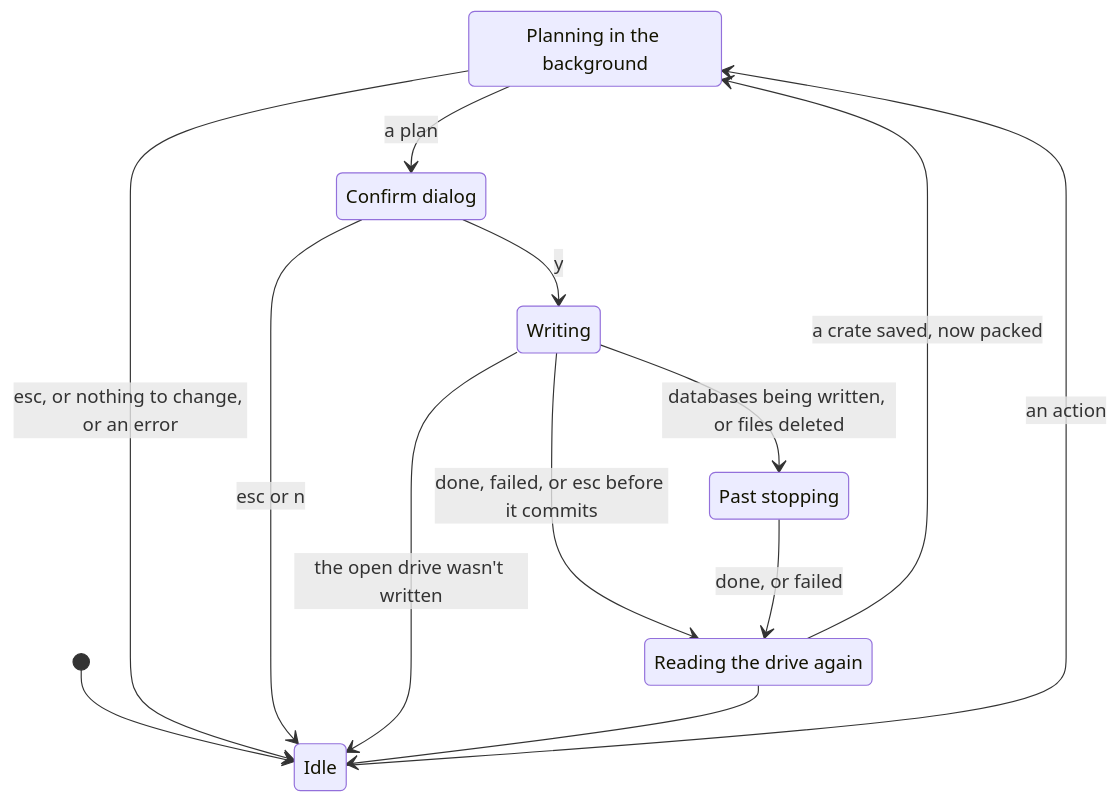
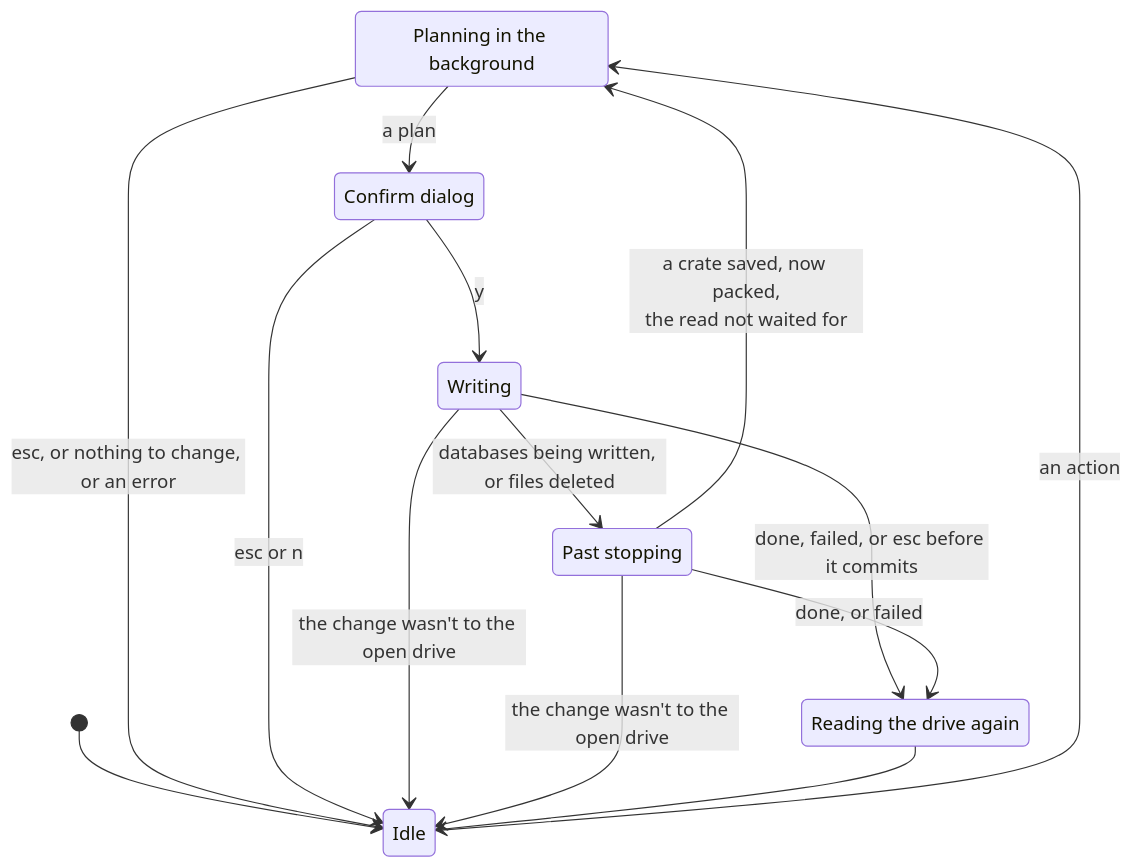
One commit to cutenode/localnetwork changed the fifth of 13 diagrams in apps/locallibrary/docs/diagrams/player.md. Above: the diagram before and after it, drawn with Mermaid. The commit also changed other lines of this file and 4 other files, not shown here.

First line of the commit message:
docs(locallibrary): use the glossary's words and fix the player's charts

````diff
--- a/apps/locallibrary/docs/diagrams/player.md
+++ b/apps/locallibrary/docs/diagrams/player.md
@@ -111,20 +113,21 @@
 ```mermaid
 stateDiagram-v2
     state "Planning in the background" as Planning
     state "Confirm dialog" as Confirm
     state "Writing" as Writing
     state "Past stopping" as Committed
     state "Reading the drive again" as Reading
     [*] --> Idle
     Idle --> Planning: an action
     Planning --> Idle: esc, or nothing to change, or an error
     Planning --> Confirm: a plan
     Confirm --> Idle: esc or n
     Confirm --> Writing: y
     Writing --> Committed: databases being written, or files deleted
     Writing --> Reading: done, failed, or esc before it commits
-    Writing --> Idle: the open drive wasn't written
+    Writing --> Idle: the change wasn't to the open drive
+    Committed --> Idle: the change wasn't to the open drive
     Committed --> Reading: done, or failed
     Reading --> Idle
-    Reading --> Planning: a crate saved, now packed
+    Committed --> Planning: a crate saved, now packed,<br/>the read not waited for
 ```
````
